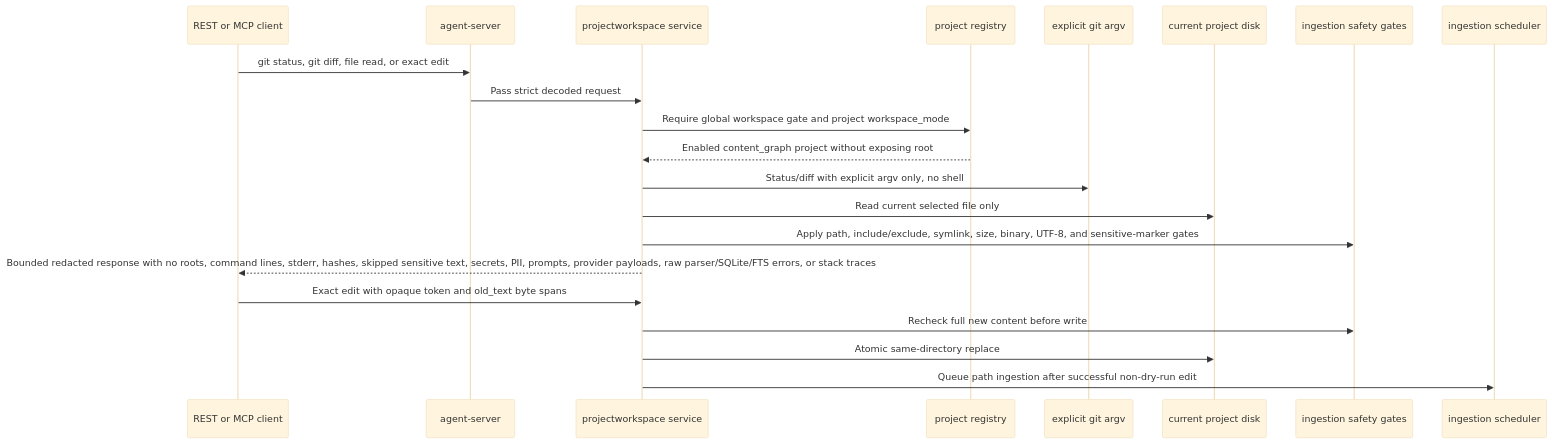
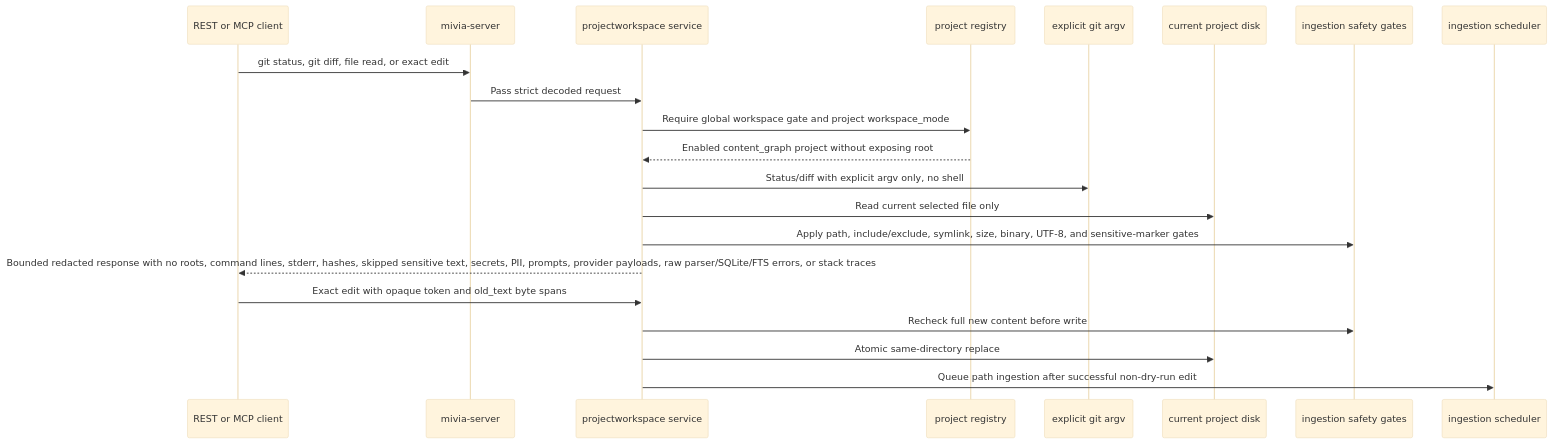
The fifth of 7 diagrams in docs/architecture/system-architecture.md (MiviaLabs/go-mivia), drawn with Mermaid (base theme) before and after one commit. The commit also changed other lines of this file and 33 other files, not shown here.

````diff
--- a/docs/architecture/system-architecture.md
+++ b/docs/architecture/system-architecture.md
@@ -174,24 +174,24 @@
 ```mermaid
 sequenceDiagram
   participant Client as REST or MCP client
-  participant Server as agent-server
+  participant Server as mivia-server
   participant Workspace as projectworkspace service
   participant Registry as project registry
   participant Git as explicit git argv
   participant Disk as current project disk
   participant Safety as ingestion safety gates
   participant Scheduler as ingestion scheduler
 
   Client->>Server: git status, git diff, file read, or exact edit
   Server->>Workspace: Pass strict decoded request
   Workspace->>Registry: Require global workspace gate and project workspace_mode
   Registry-->>Workspace: Enabled content_graph project without exposing root
   Workspace->>Git: Status/diff with explicit argv only, no shell
   Workspace->>Disk: Read current selected file only
   Workspace->>Safety: Apply path, include/exclude, symlink, size, binary, UTF-8, and sensitive-marker gates
   Workspace-->>Client: Bounded redacted response with no roots, command lines, stderr, hashes, skipped sensitive text, secrets, PII, prompts, provider payloads, raw parser/SQLite/FTS errors, or stack traces
   Client->>Workspace: Exact edit with opaque token and old_text byte spans
   Workspace->>Safety: Recheck full new content before write
   Workspace->>Disk: Atomic same-directory replace
   Workspace->>Scheduler: Queue path ingestion after successful non-dry-run edit
 ```
````
